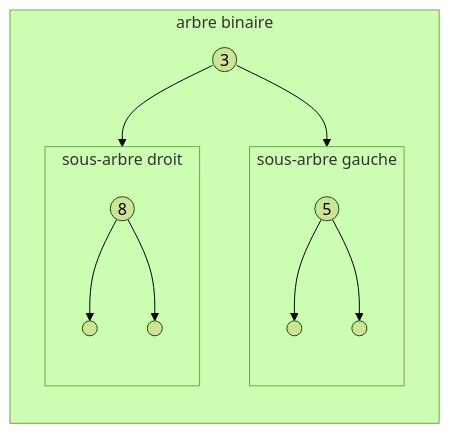
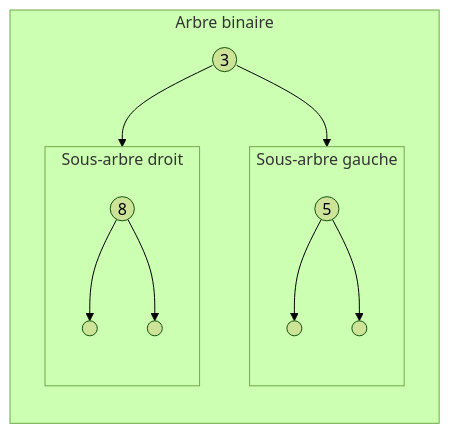
Before and after one commit to boddaert/nsi: the first of 6 diagrams in terminale/Structures_arborescentes_de_données/Arbres_binaires.md, drawn with Mermaid (forest theme). The commit also changed 4 other files, not shown here.

````diff
--- a/terminale/Structures_arborescentes_de_données/Arbres_binaires.md
+++ b/terminale/Structures_arborescentes_de_données/Arbres_binaires.md
@@ -47,25 +47,25 @@
 ```mermaid
 flowchart TB
-    subgraph arbre binaire
+    subgraph Arbre binaire
             direction TB
             A((3))
-            subgraph sous-arbre gauche
+            subgraph Sous-arbre gauche
             direction TB
             B((5))
             D((" "))
             E((" "))
             B --> D
             B --> E
         end
-        subgraph sous-arbre droit
+        subgraph Sous-arbre droit
             direction TB
             C((8))
             F((" "))
             G((" "))
             C --> F
             C --> G
         end
         A --> B
         A --> C
     end
 ```
````
